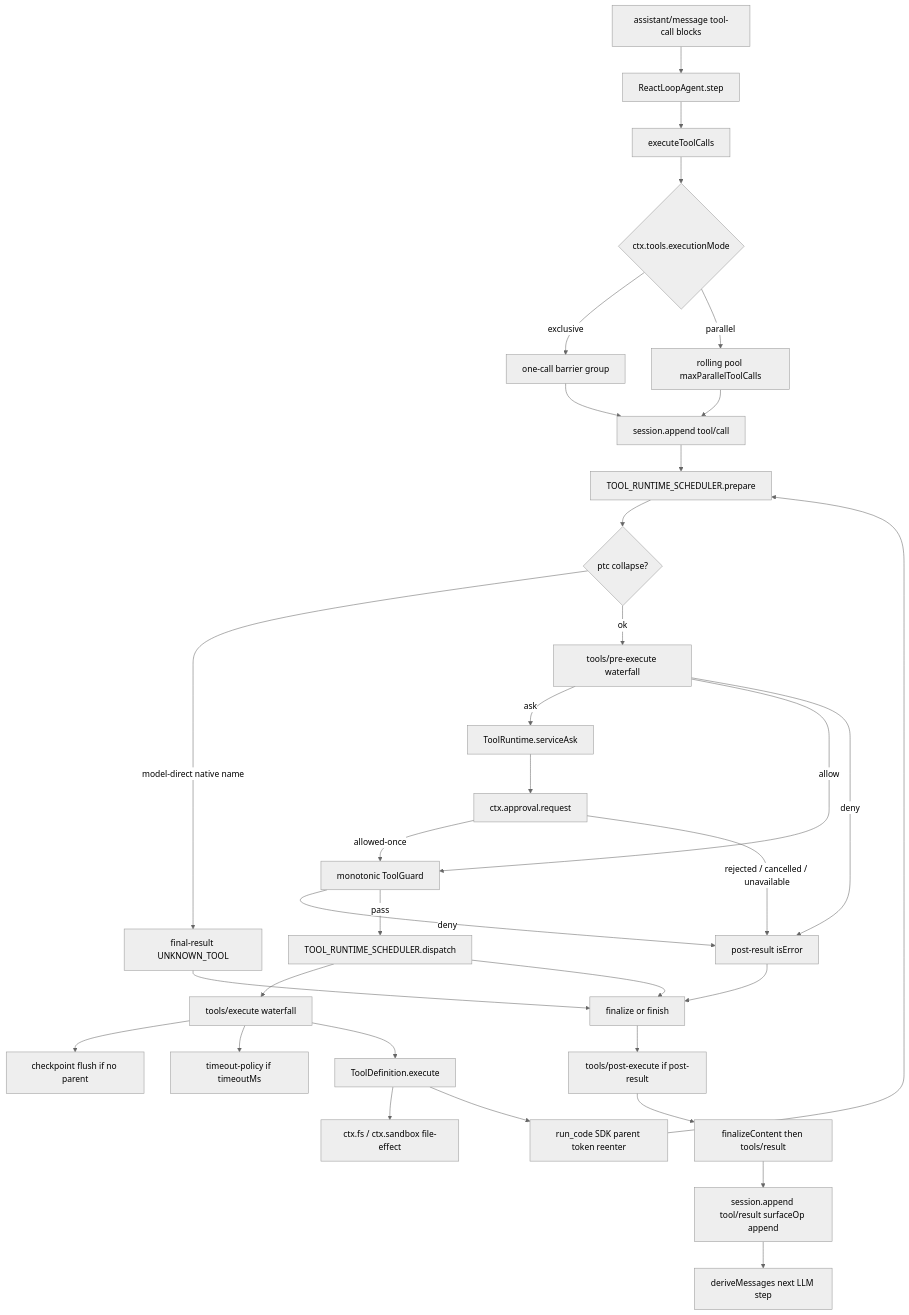
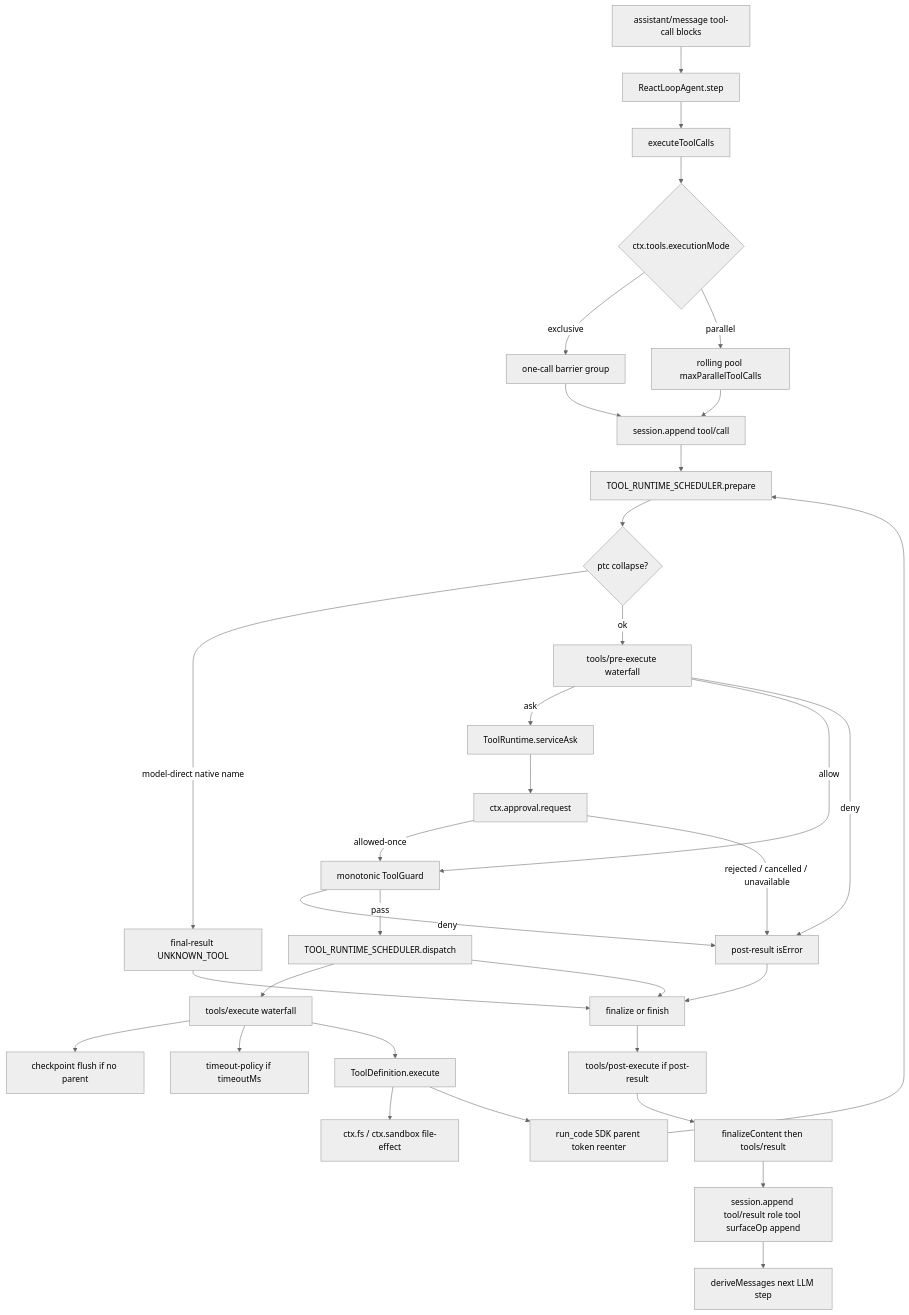
The diagram in docs/llm-wiki/deepseek-harness/spine/tool-call-anatomy.md (wdnmdtonyma/SOTA-Agent-LLM-Wiki), drawn with Mermaid (neutral theme) before and after one commit. The commit also changed other lines of this file and 237 other files, not shown here.

````diff
--- a/docs/llm-wiki/deepseek-harness/spine/tool-call-anatomy.md
+++ b/docs/llm-wiki/deepseek-harness/spine/tool-call-anatomy.md
@@ -62,36 +63,36 @@
 ```mermaid
 flowchart TD
   Assist["assistant/message tool-call blocks"] --> Loop["ReactLoopAgent.step"]
   Loop --> Sched["executeToolCalls"]
   Sched --> Mode{"ctx.tools.executionMode"}
   Mode -->|"exclusive"| Barrier["one-call barrier group"]
   Mode -->|"parallel"| Pool["rolling pool maxParallelToolCalls"]
   Barrier --> LogCall["session.append tool/call"]
   Pool --> LogCall
   LogCall --> Prep["TOOL_RUNTIME_SCHEDULER.prepare"]
   Prep --> Collapse{"ptc collapse?"}
   Collapse -->|"model-direct native name"| FinalDeny["final-result UNKNOWN_TOOL"]
   Collapse -->|"ok"| PreWF["tools/pre-execute waterfall"]
   PreWF -->|"ask"| Ask["ToolRuntime.serviceAsk"]
   Ask --> Appr["ctx.approval.request"]
   Appr -->|"allowed-once"| Guards["monotonic ToolGuard"]
   Appr -->|"rejected / cancelled / unavailable"| Deny["post-result isError"]
   PreWF -->|"allow"| Guards
   PreWF -->|"deny"| Deny
   Guards -->|"deny"| Deny
   Guards -->|"pass"| Disp["TOOL_RUNTIME_SCHEDULER.dispatch"]
   Disp --> ExecWF["tools/execute waterfall"]
   ExecWF --> Ckpt["checkpoint flush if no parent"]
   ExecWF --> Tmo["timeout-policy if timeoutMs"]
   ExecWF --> Body["ToolDefinition.execute"]
   Body --> FileFx["ctx.fs / ctx.sandbox file-effect"]
   Body --> Nested["run_code SDK parent token reenter"]
   Nested --> Prep
   Disp --> Fin["finalize or finish"]
   Deny --> Fin
   FinalDeny --> Fin
   Fin --> PostWF["tools/post-execute if post-result"]
   PostWF --> Notify["finalizeContent then tools/result"]
-  Notify --> LogRes["session.append tool/result surfaceOp append"]
+  Notify --> LogRes["session.append tool/result role tool surfaceOp append"]
   LogRes --> Next["deriveMessages next LLM step"]
 ```
````
